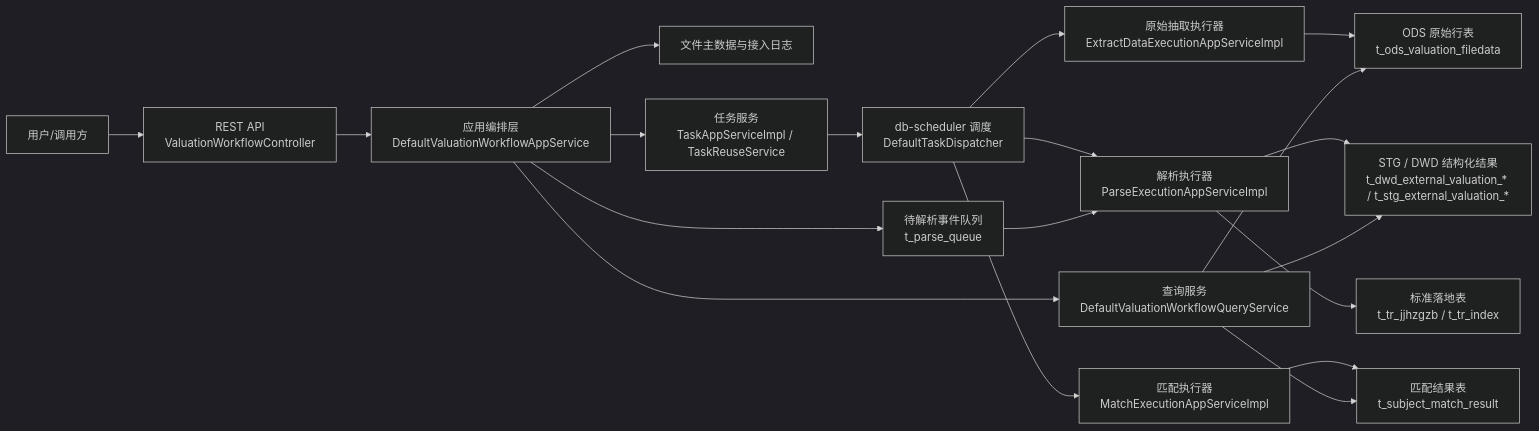
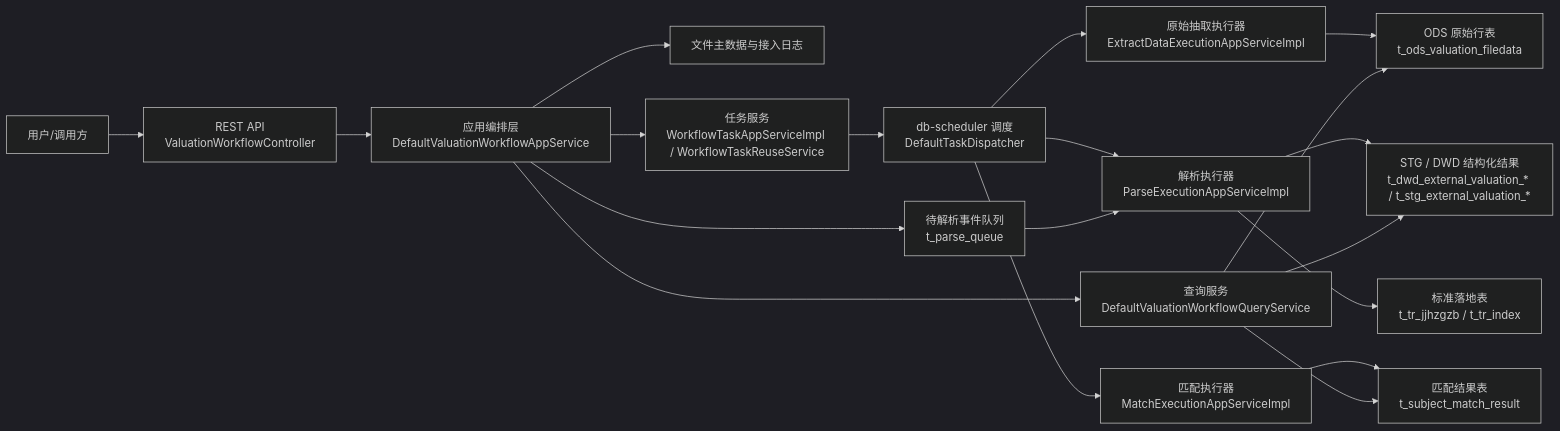
Before and after one commit to iloveZzz/valset-standardizer-java: the first of 2 diagrams in docs/architecture-overview.md, drawn with Mermaid (dark theme). The commit also changed other lines of this file and 252 other files, not shown here.

````diff
--- a/docs/architecture-overview.md
+++ b/docs/architecture-overview.md
@@ -61,21 +61,21 @@
 ```mermaid
 flowchart LR
     U["用户/调用方"] --> C["REST API<br/>ValuationWorkflowController"]
     C --> A["应用编排层<br/>DefaultValuationWorkflowAppService"]
     A --> F["文件主数据与接入日志"]
-    A --> T["任务服务<br/>TaskAppServiceImpl / TaskReuseService"]
+    A --> T["任务服务<br/>WorkflowTaskAppServiceImpl / WorkflowTaskReuseService"]
     T --> Q["db-scheduler 调度<br/>DefaultTaskDispatcher"]
     Q --> E1["原始抽取执行器<br/>ExtractDataExecutionAppServiceImpl"]
     Q --> E2["解析执行器<br/>ParseExecutionAppServiceImpl"]
     Q --> E3["匹配执行器<br/>MatchExecutionAppServiceImpl"]
     E1 --> ODS["ODS 原始行表<br/>t_ods_valuation_filedata"]
     A --> PQ["待解析事件队列<br/>t_parse_queue"]
     PQ --> E2
     E2 --> STG["STG / DWD 结构化结果<br/>t_dwd_external_valuation_* / t_stg_external_valuation_*"]
     E2 --> TR["标准落地表<br/>t_tr_jjhzgzb / t_tr_index"]
     E3 --> RES["匹配结果表<br/>t_subject_match_result"]
     A --> QRY["查询服务<br/>DefaultValuationWorkflowQueryService"]
     QRY --> ODS
     QRY --> STG
     QRY --> RES
 ```
````
